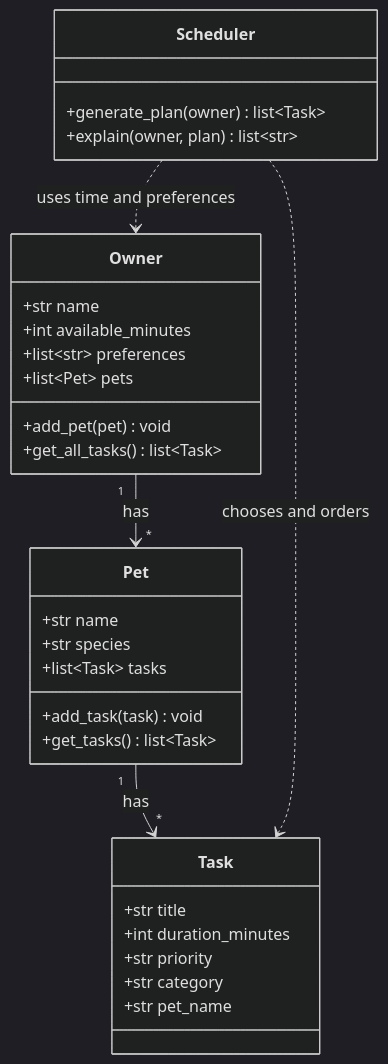
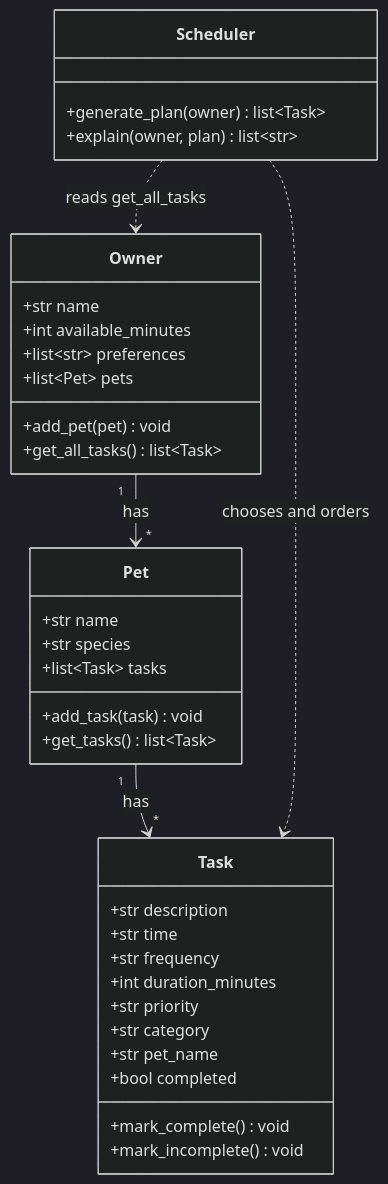
Before and after one commit to lopemyg/ai110-module2show-pawpal-starter: the diagram in diagrams/uml.mmd, drawn with Mermaid (dark theme). The commit also changed 6 other files, not shown here.

```diff
--- a/diagrams/uml.mmd
+++ b/diagrams/uml.mmd
@@ -1,38 +1,43 @@
 classDiagram
     %% PawPal+ draft. Four classes only. Update this file in Phase 6
     %% so it matches the implementation.
 
     class Owner {
         +str name
         +int available_minutes
         +list~str~ preferences
         +list~Pet~ pets
         +add_pet(pet) void
         +get_all_tasks() list~Task~
     }
 
     class Pet {
         +str name
         +str species
         +list~Task~ tasks
         +add_task(task) void
         +get_tasks() list~Task~
     }
 
     class Task {
-        +str title
+        +str description
+        +str time
+        +str frequency
         +int duration_minutes
         +str priority
         +str category
         +str pet_name
+        +bool completed
+        +mark_complete() void
+        +mark_incomplete() void
     }
 
     class Scheduler {
         +generate_plan(owner) list~Task~
         +explain(owner, plan) list~str~
     }
 
     Owner "1" --> "*" Pet : has
     Pet "1" --> "*" Task : has
-    Scheduler ..> Owner : uses time and preferences
+    Scheduler ..> Owner : reads get_all_tasks
     Scheduler ..> Task : chooses and orders
```
